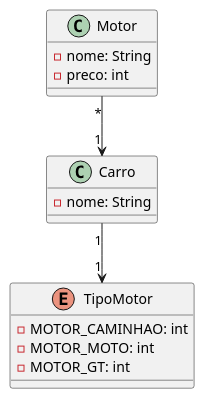
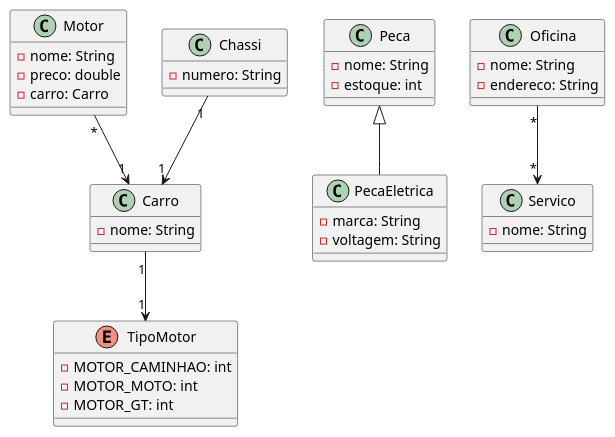
The diagram in UML.plantUml (IMGust/Code-With-Quarkus), drawn with PlantUML before and after one commit. The commit also changed 1 other file, not shown here.

```diff
--- a/UML.plantUml
+++ b/UML.plantUml
@@ -1,23 +1,45 @@
 @startuml
 class Motor{
-- nome: String
-- preco: int
+    - nome: String
+    - preco: double
+    - carro: Carro
 }
 
 class Carro{
-- nome: String
+    - nome: String
 }
 
 
 enum TipoMotor {
-- MOTOR_CAMINHAO: int
-- MOTOR_MOTO: int
-- MOTOR_GT: int
+    - MOTOR_CAMINHAO: int
+    - MOTOR_MOTO: int
+    - MOTOR_GT: int
 }
 
+class Peca{
+    - nome: String
+    - estoque: int
+}
+
+class PecaEletrica extends Peca{
+    -marca: String
+    -voltagem: String
+}
+class Chassi{
+    -numero: String
+}
+
+class Servico{
+    -nome: String
+}
+
+class Oficina{
+    -nome: String
+    -endereco: String
+}
 'relacionamentos'
 Motor "*" --> "1" Carro
 Carro "1" --> "1" TipoMotor
-
-
+Oficina "*" --> "*"Servico
+Chassi "1" --> "1" Carro
 @enduml
```
